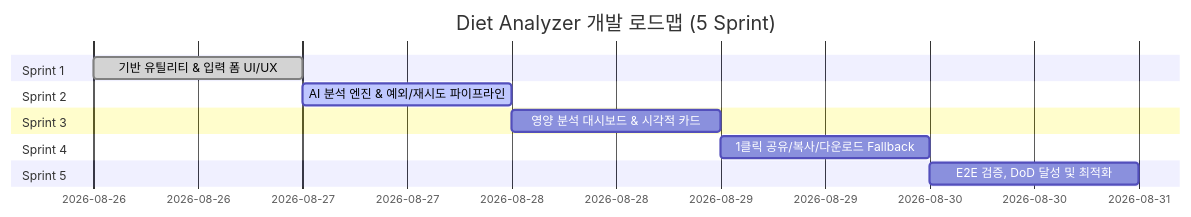
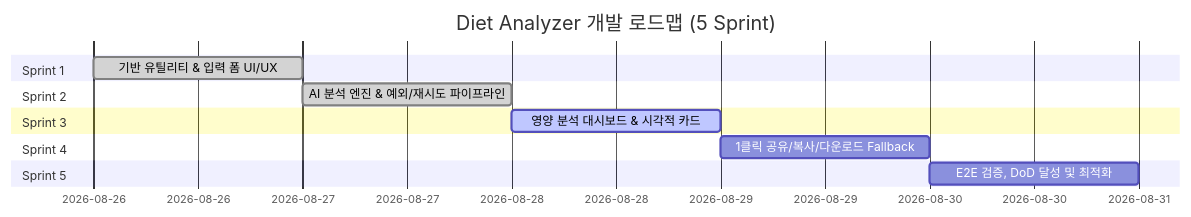
Before and after one commit to dksxogur/diet-analyzer: the diagram in docs/DEVELOPMENT_PLAN.md, drawn with Mermaid. The commit also changed other lines of this file and 6 other files, not shown here.

````diff
--- a/docs/DEVELOPMENT_PLAN.md
+++ b/docs/DEVELOPMENT_PLAN.md
@@ -64,15 +64,15 @@
 ```mermaid
 gantt
     title Diet Analyzer 개발 로드맵 (5 Sprint)
     dateFormat  YYYY-MM-DD
     section Sprint 1
     기반 유틸리티 & 입력 폼 UI/UX       :done, s1, 2026-08-26, 1d
     section Sprint 2
-    AI 분석 엔진 & 예외/재시도 파이프라인 :active, s2, after s1, 1d
+    AI 분석 엔진 & 예외/재시도 파이프라인 :done, s2, after s1, 1d
     section Sprint 3
-    영양 분석 대시보드 & 시각적 카드    :s3, after s2, 1d
+    영양 분석 대시보드 & 시각적 카드    :active, s3, after s2, 1d
     section Sprint 4
     1클릭 공유/복사/다운로드 Fallback    :s4, after s3, 1d
     section Sprint 5
     E2E 검증, DoD 달성 및 최적화        :s5, after s4, 1d
 ```
````
